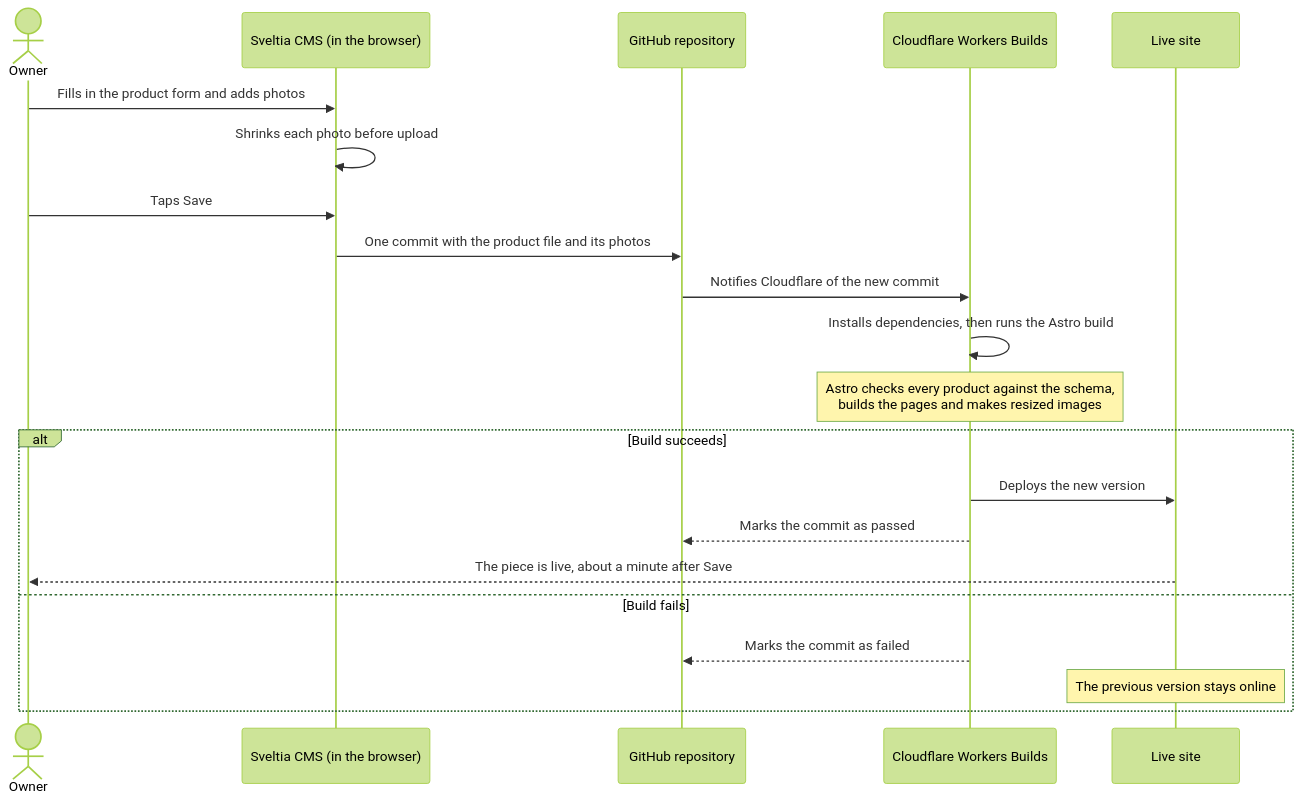
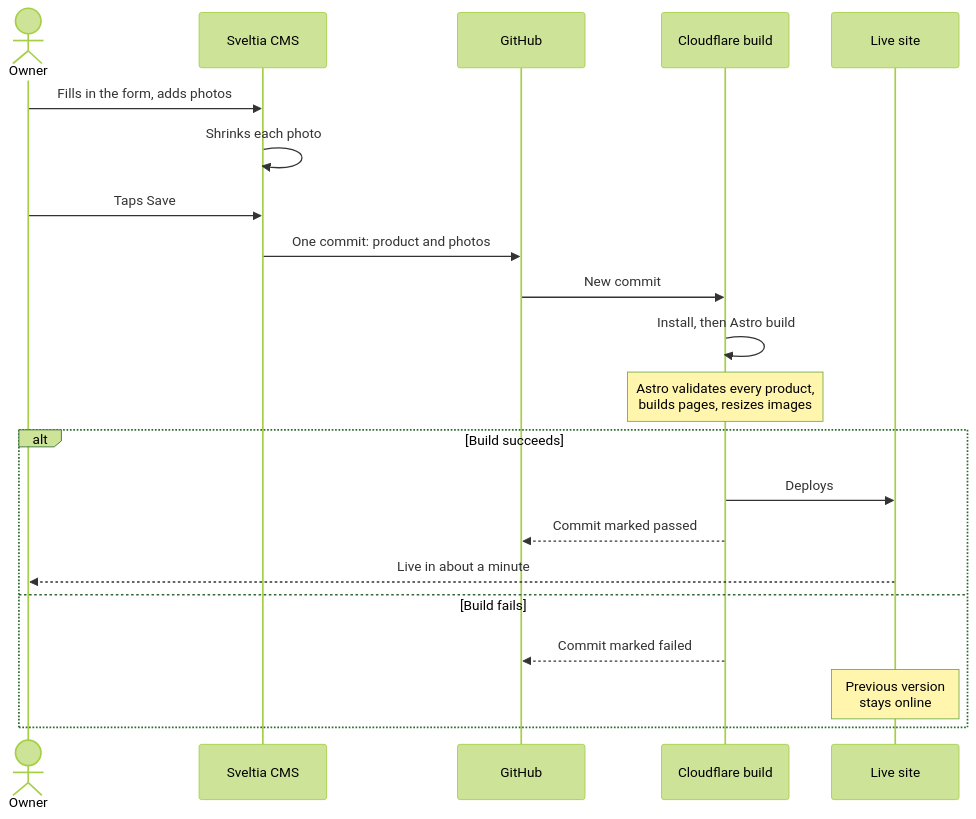
The second of 3 diagrams in TECH-STACK.md (gilbert-lee-tech/aquamarine-jewelry-store-showcase), drawn with Mermaid (forest theme) before and after one commit. The commit also changed other lines of this file, not shown here.

Commit message:
Tech stack: shorten the sequence diagram labels so they fit the page

````diff
--- a/TECH-STACK.md
+++ b/TECH-STACK.md
@@ -50,24 +50,24 @@
 ```mermaid
 sequenceDiagram
     actor Owner
-    participant CMS as Sveltia CMS (in the browser)
-    participant GH as GitHub repository
-    participant CF as Cloudflare Workers Builds
+    participant CMS as Sveltia CMS
+    participant GH as GitHub
+    participant CF as Cloudflare build
     participant Site as Live site
 
-    Owner->>CMS: Fills in the product form and adds photos
-    CMS->>CMS: Shrinks each photo before upload
+    Owner->>CMS: Fills in the form, adds photos
+    CMS->>CMS: Shrinks each photo
     Owner->>CMS: Taps Save
-    CMS->>GH: One commit with the product file and its photos
-    GH->>CF: Notifies Cloudflare of the new commit
-    CF->>CF: Installs dependencies, then runs the Astro build
-    Note over CF: Astro checks every product against the schema,<br/>builds the pages and makes resized images
+    CMS->>GH: One commit: product and photos
+    GH->>CF: New commit
+    CF->>CF: Install, then Astro build
+    Note over CF: Astro validates every product,<br/>builds pages, resizes images
     alt Build succeeds
-        CF->>Site: Deploys the new version
-        CF-->>GH: Marks the commit as passed
-        Site-->>Owner: The piece is live, about a minute after Save
+        CF->>Site: Deploys
+        CF-->>GH: Commit marked passed
+        Site-->>Owner: Live in about a minute
     else Build fails
-        CF-->>GH: Marks the commit as failed
-        Note over Site: The previous version stays online
+        CF-->>GH: Commit marked failed
+        Note over Site: Previous version<br/>stays online
     end
 ```
````
